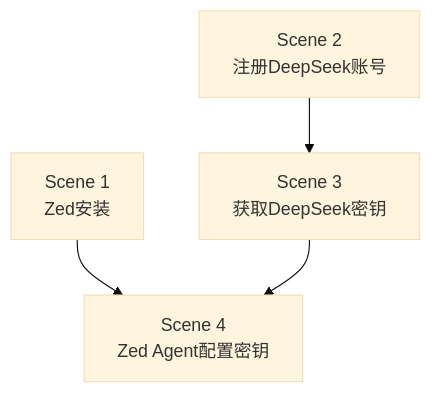
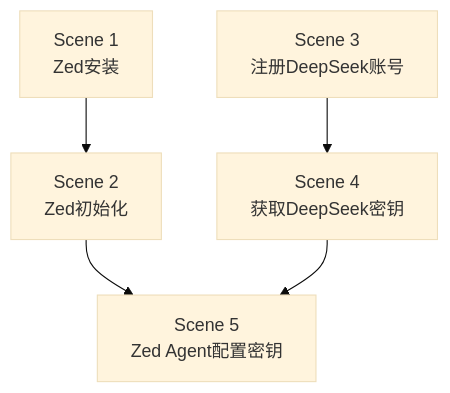
One commit to quanttide/quanttide-profile-of-course-development changed the diagram in vibe-coding/lesson1/index.md. Above: the diagram before and after it, drawn with Mermaid (base theme). The commit also changed other lines of this file and 1 other file, not shown here.

````diff
--- a/vibe-coding/lesson1/index.md
+++ b/vibe-coding/lesson1/index.md
@@ -16,8 +17,9 @@
 ```mermaid
 flowchart TD
     s1[Scene 1<br>Zed安装]
-    s2[Scene 2<br>注册DeepSeek账号]
-    s2 --> s3[Scene 3<br>获取DeepSeek密钥]
-    s1 --> s4[Scene 4<br>Zed Agent配置密钥]
-    s3 --> s4
+    s1 --> s2[Scene 2<br>Zed初始化]
+    s3[Scene 3<br>注册DeepSeek账号]
+    s3 --> s4[Scene 4<br>获取DeepSeek密钥]
+    s2 --> s5[Scene 5<br>Zed Agent配置密钥]
+    s4 --> s5
 ```
````
